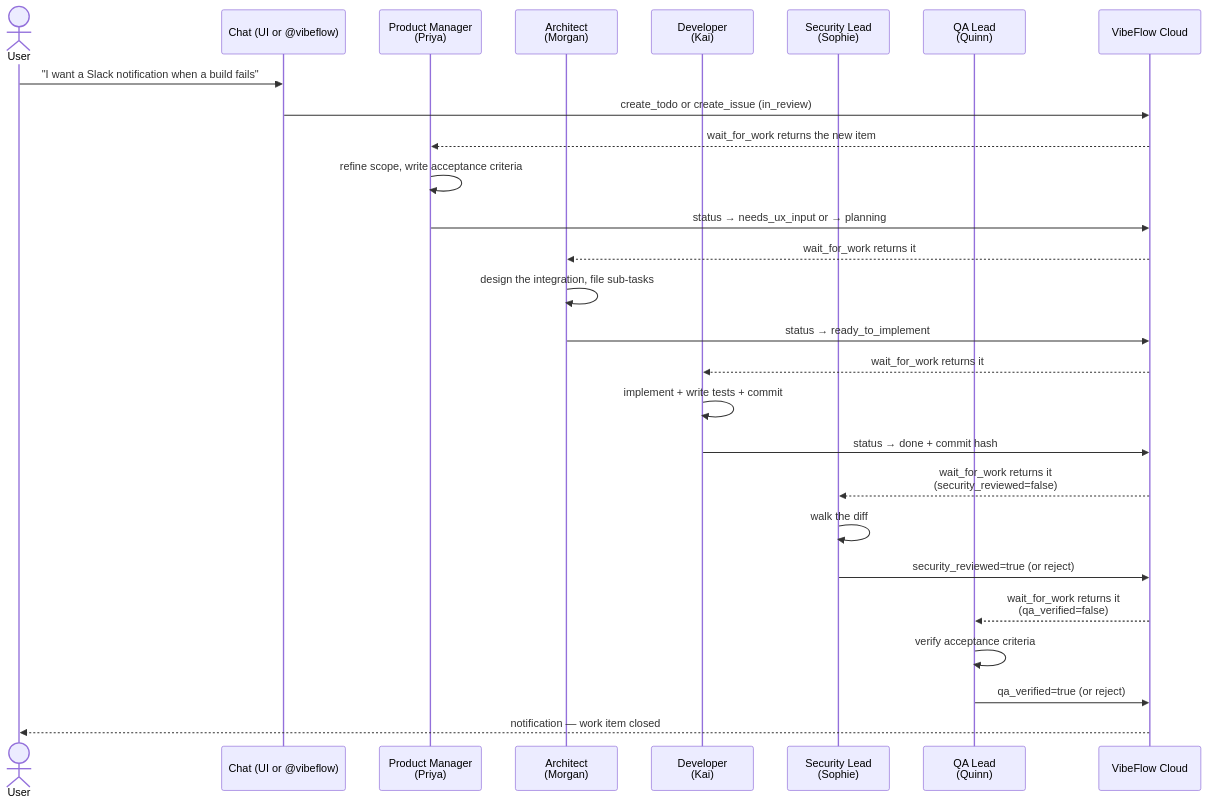
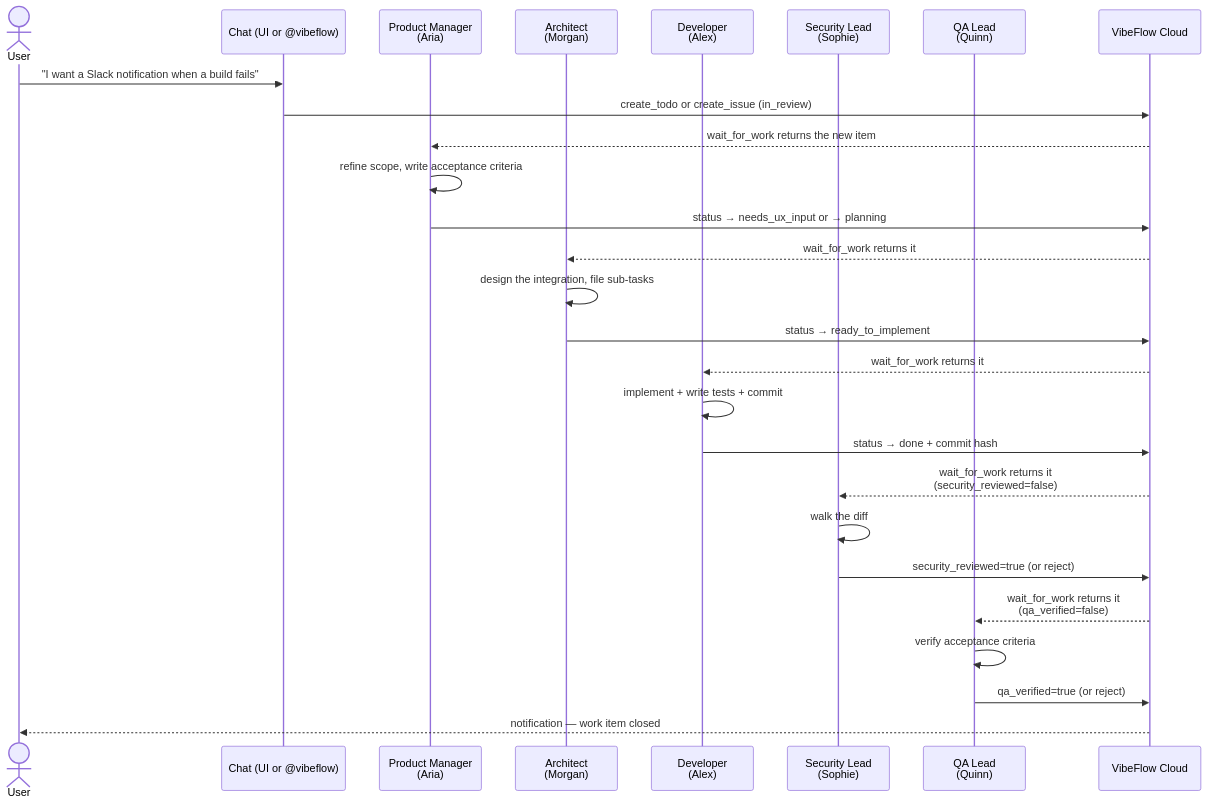
Before and after one commit to axiom-studio/vscode-vibeflow: the sixth of 8 diagrams in docs/cursor-vibeflow/docs/workflows-and-flows.md, drawn with Mermaid. The commit also changed other lines of this file and 16 other files, not shown here.

````diff
--- a/docs/cursor-vibeflow/docs/workflows-and-flows.md
+++ b/docs/cursor-vibeflow/docs/workflows-and-flows.md
@@ -213,30 +213,30 @@
 ```mermaid
 sequenceDiagram
     actor User
     participant Chat as Chat (UI or @vibeflow)
-    participant PM as Product Manager<br/>(Priya)
+    participant PM as Product Manager<br/>(Aria)
     participant Arch as Architect<br/>(Morgan)
-    participant Dev as Developer<br/>(Kai)
+    participant Dev as Developer<br/>(Alex)
     participant Sec as Security Lead<br/>(Sophie)
     participant QA as QA Lead<br/>(Quinn)
     participant Server as VibeFlow Cloud
 
     User->>Chat: "I want a Slack notification when a build fails"
     Chat->>Server: create_todo or create_issue (in_review)
     Server-->>PM: wait_for_work returns the new item
     PM->>PM: refine scope, write acceptance criteria
     PM->>Server: status → needs_ux_input or → planning
     Server-->>Arch: wait_for_work returns it
     Arch->>Arch: design the integration, file sub-tasks
     Arch->>Server: status → ready_to_implement
     Server-->>Dev: wait_for_work returns it
     Dev->>Dev: implement + write tests + commit
     Dev->>Server: status → done + commit hash
     Server-->>Sec: wait_for_work returns it<br/>(security_reviewed=false)
     Sec->>Sec: walk the diff
     Sec->>Server: security_reviewed=true (or reject)
     Server-->>QA: wait_for_work returns it<br/>(qa_verified=false)
     QA->>QA: verify acceptance criteria
     QA->>Server: qa_verified=true (or reject)
     Server-->>User: notification — work item closed
 ```
````
